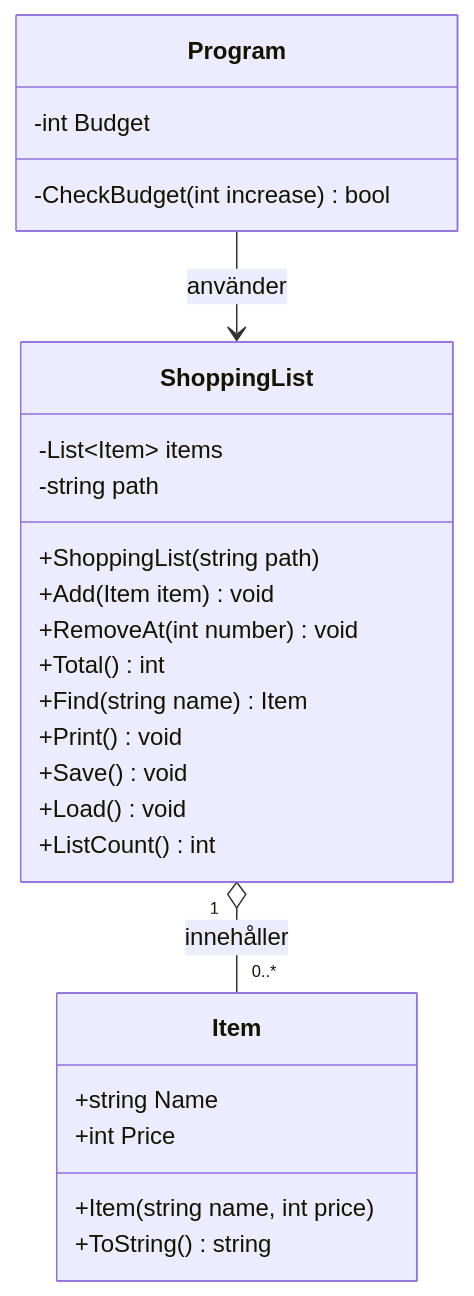
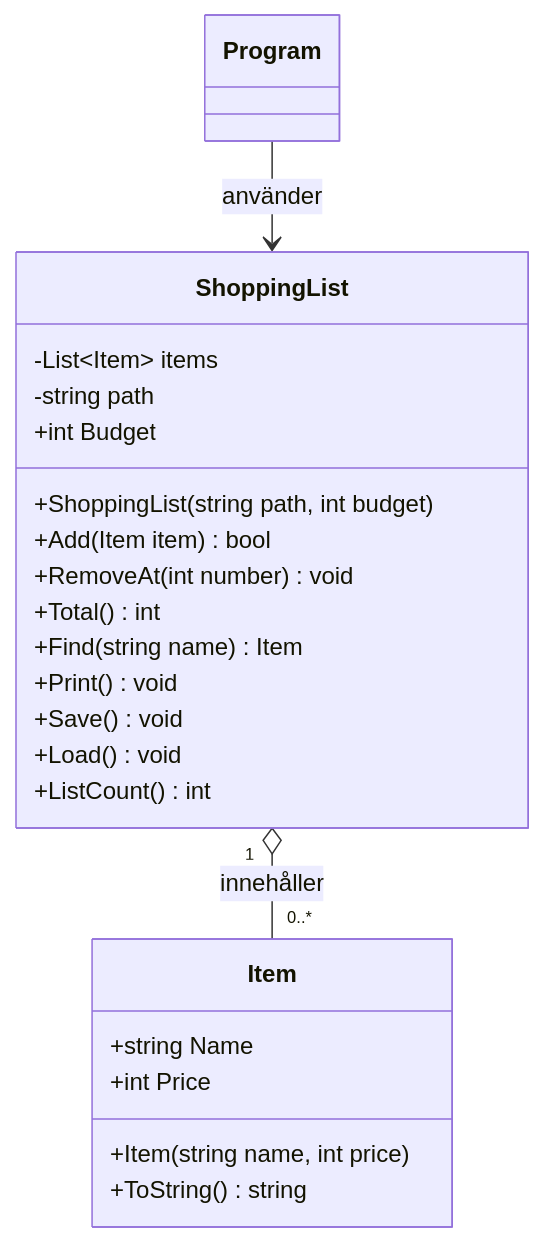
Before and after one commit to P1xlo/kk2-startkod-main: the diagram in README.md, drawn with Mermaid. The commit also changed other lines of this file and 3 other files, not shown here.

````diff
--- a/README.md
+++ b/README.md
@@ -43,31 +43,29 @@
 ```mermaid
 classDiagram
-    class Program {
-        -int Budget
-        -CheckBudget(int increase) bool
-    }
+    class Program
 
     class ShoppingList {
         -List~Item~ items
         -string path
-        +ShoppingList(string path)
-        +Add(Item item) void
+        +int Budget
+        +ShoppingList(string path, int budget)
+        +Add(Item item) bool
         +RemoveAt(int number) void
         +Total() int
         +Find(string name) Item
         +Print() void
         +Save() void
         +Load() void
         +ListCount() int
     }
 
     class Item {
         +string Name
         +int Price
         +Item(string name, int price)
         +ToString() string
     }
 
     Program --> ShoppingList : använder
     ShoppingList "1" o-- "0..*" Item : innehåller
 ```
````
